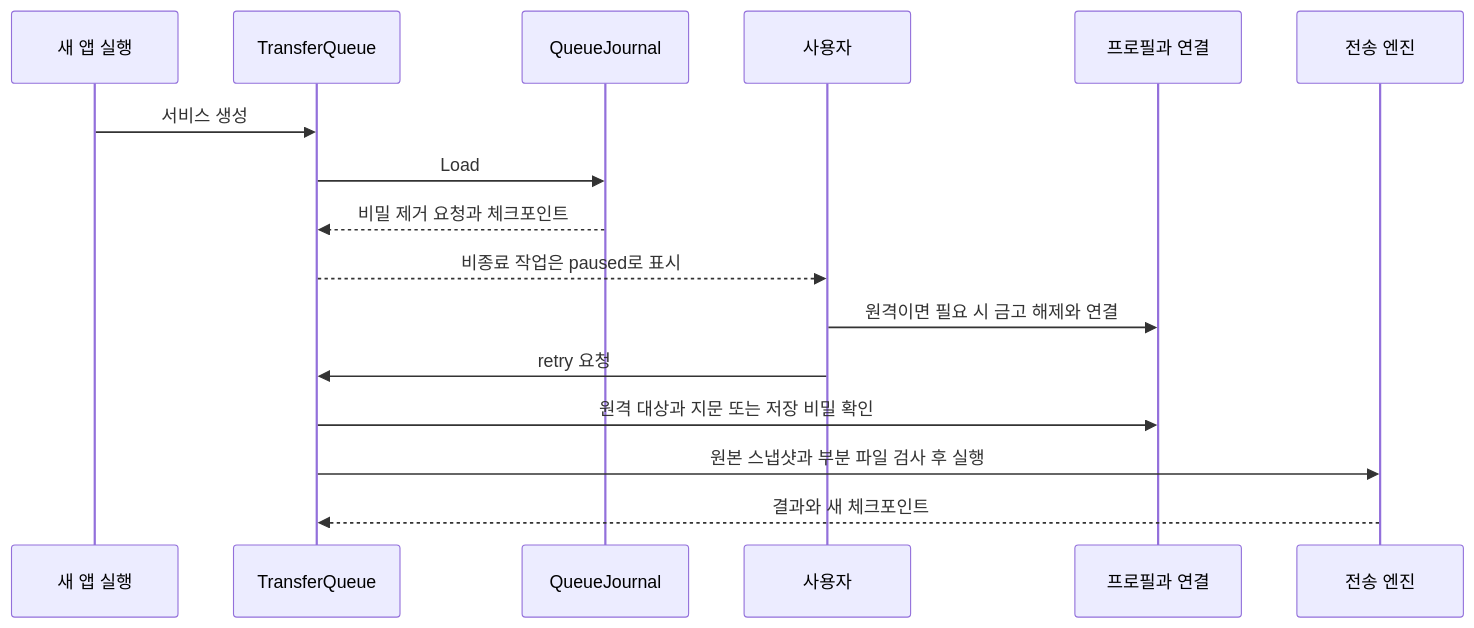
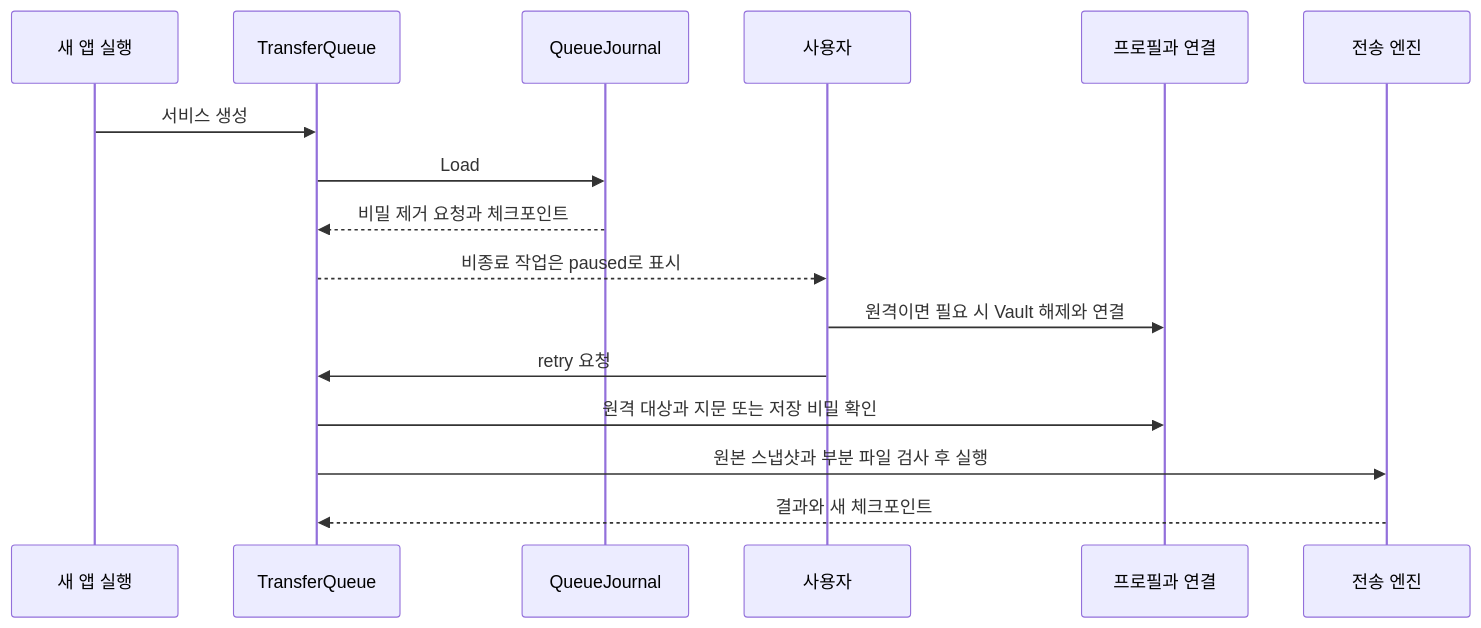
One commit to handstack77/Portway changed the third of 4 diagrams in doc/Portway.Document/docs/reverse-engineering/DESIGN.md. Above: the diagram before and after it, drawn with Mermaid. The commit also changed other lines of this file and 28 other files, not shown here.

````diff
--- a/doc/Portway.Document/docs/reverse-engineering/DESIGN.md
+++ b/doc/Portway.Document/docs/reverse-engineering/DESIGN.md
@@ -116,18 +116,18 @@
 ```mermaid
 sequenceDiagram
     participant App as 새 앱 실행
     participant Q as TransferQueue
     participant J as QueueJournal
     participant User as 사용자
     participant P as 프로필과 연결
     participant E as 전송 엔진
     App->>Q: 서비스 생성
     Q->>J: Load
     J-->>Q: 비밀 제거 요청과 체크포인트
     Q-->>User: 비종료 작업은 paused로 표시
-    User->>P: 원격이면 필요 시 금고 해제와 연결
+    User->>P: 원격이면 필요 시 Vault 해제와 연결
     User->>Q: retry 요청
     Q->>P: 원격 대상과 지문 또는 저장 비밀 확인
     Q->>E: 원본 스냅샷과 부분 파일 검사 후 실행
     E-->>Q: 결과와 새 체크포인트
 ```
````
